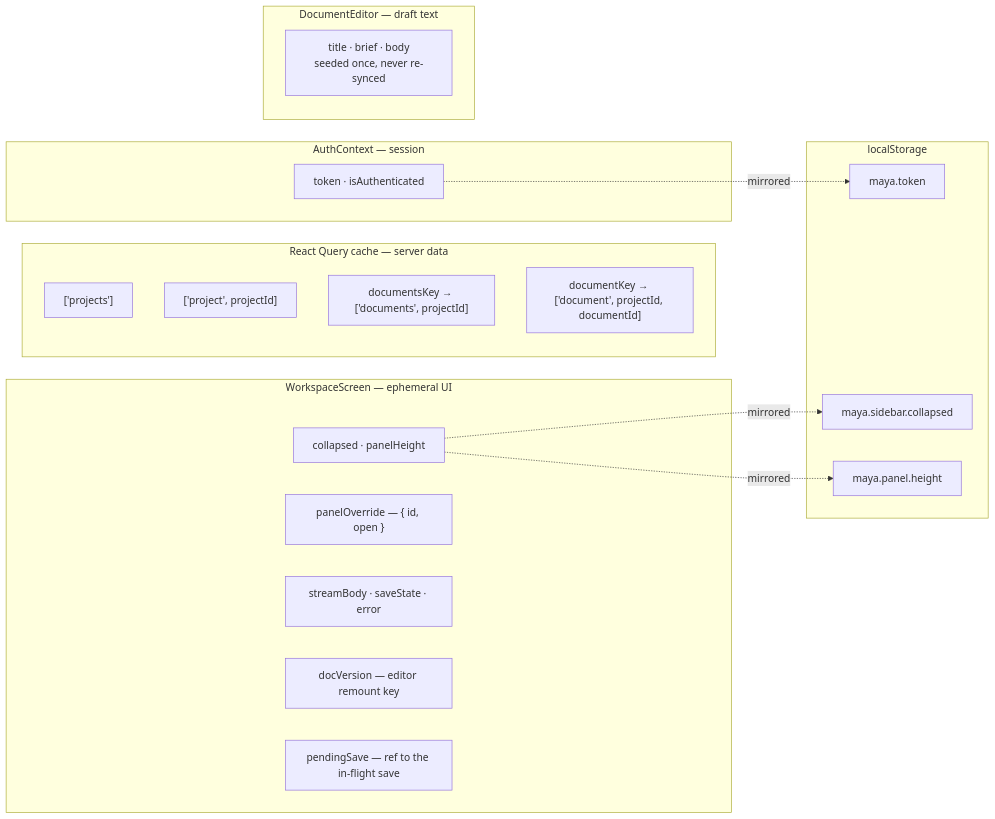
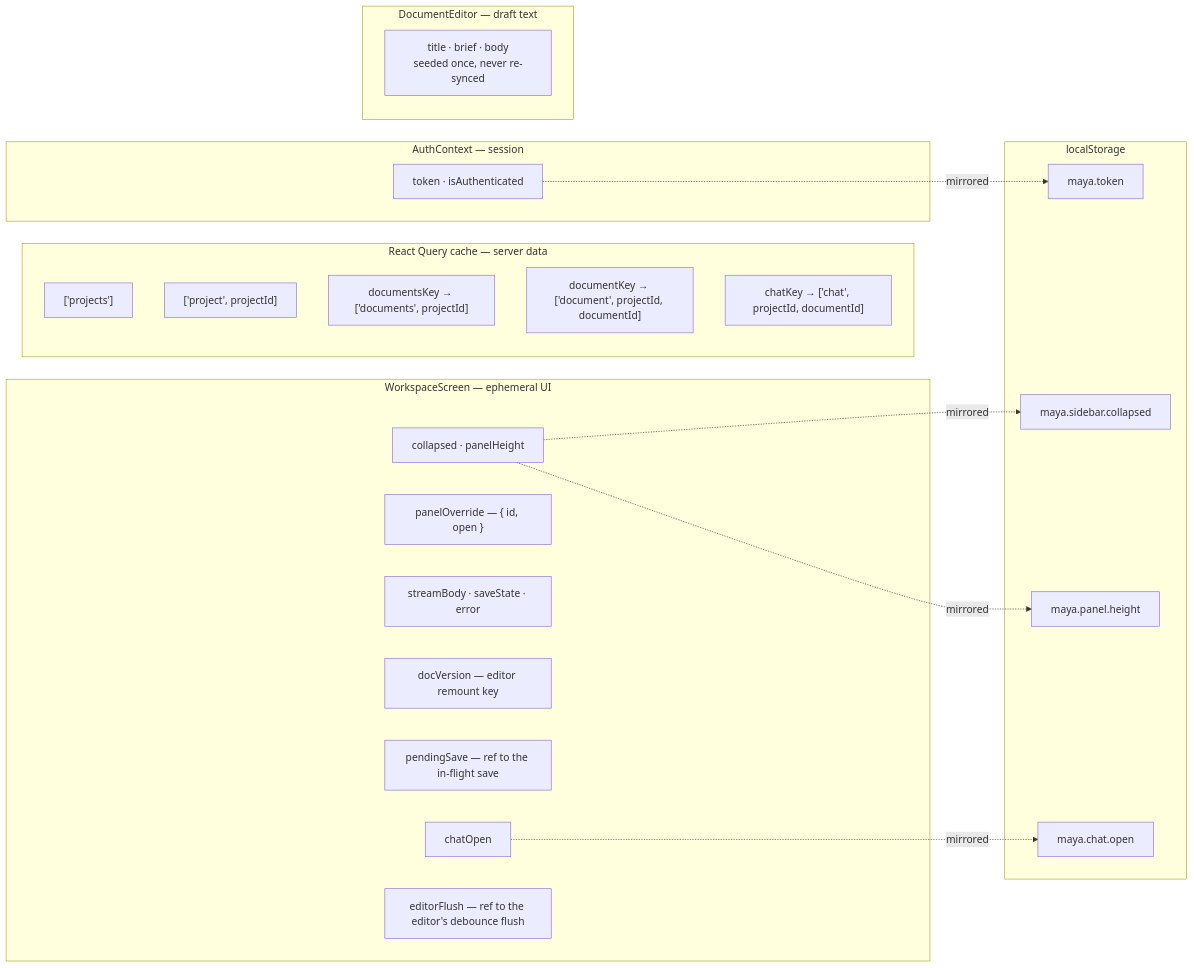
The third of 3 diagrams in docs/diagrams/04-frontend-architecture.md (Akazz-L/maya), drawn with Mermaid before and after one commit. The commit also changed other lines of this file and 52 other files, not shown here.

````diff
--- a/docs/diagrams/04-frontend-architecture.md
+++ b/docs/diagrams/04-frontend-architecture.md
@@ -108,35 +116,40 @@
 ```mermaid
 graph LR
     subgraph rq["React Query cache — server data"]
         K1["['projects']"]
         K2["['project', projectId]"]
         K3["documentsKey → ['documents', projectId]"]
         K4["documentKey → ['document', projectId, documentId]"]
+        K5["chatKey → ['chat', projectId, documentId]"]
     end
 
     subgraph ctx["AuthContext — session"]
         T["token · isAuthenticated"]
     end
 
     subgraph local["WorkspaceScreen — ephemeral UI"]
         L1["collapsed · panelHeight"]
         L2["panelOverride — { id, open }"]
         L3["streamBody · saveState · error"]
         L4["docVersion — editor remount key"]
         L5["pendingSave — ref to the in-flight save"]
+        L6["chatOpen"]
+        L7["editorFlush — ref to the editor's debounce flush"]
     end
 
     subgraph ed["DocumentEditor — draft text"]
         E1["title · brief · body<br/>seeded once, never re-synced"]
     end
 
     subgraph ls["localStorage"]
         S1["maya.token"]
         S2["maya.sidebar.collapsed"]
         S3["maya.panel.height"]
+        S4["maya.chat.open"]
     end
 
     T -.->|mirrored| S1
     L1 -.->|mirrored| S2
     L1 -.->|mirrored| S3
+    L6 -.->|mirrored| S4
 ```
````
